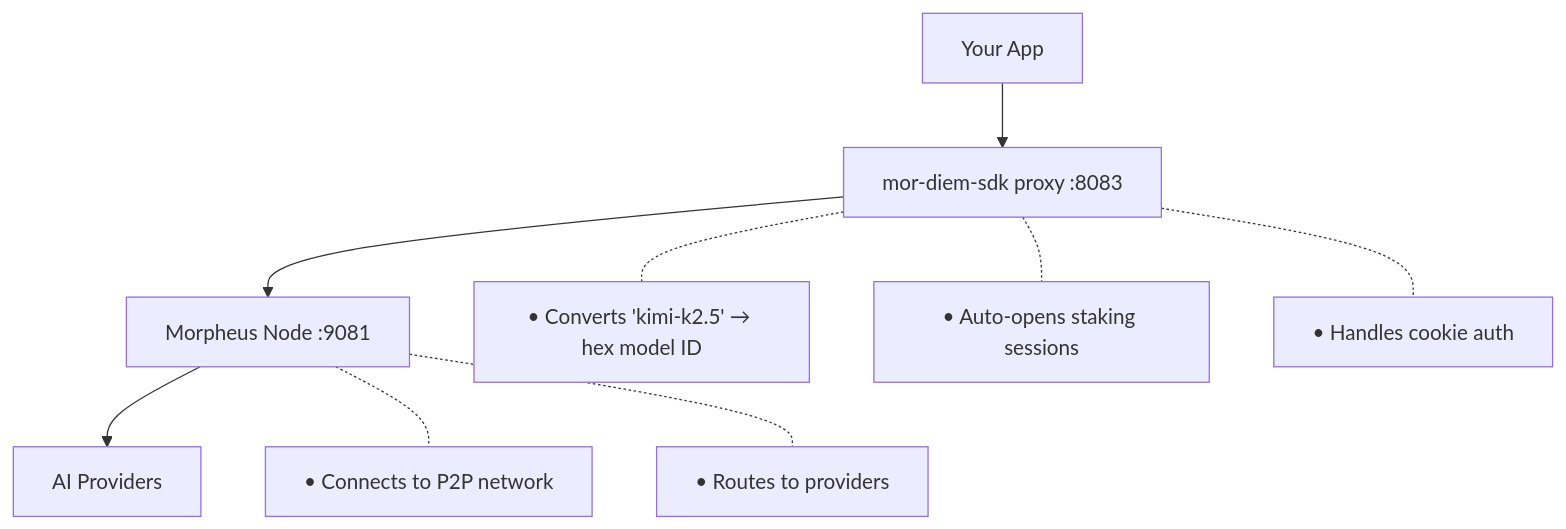
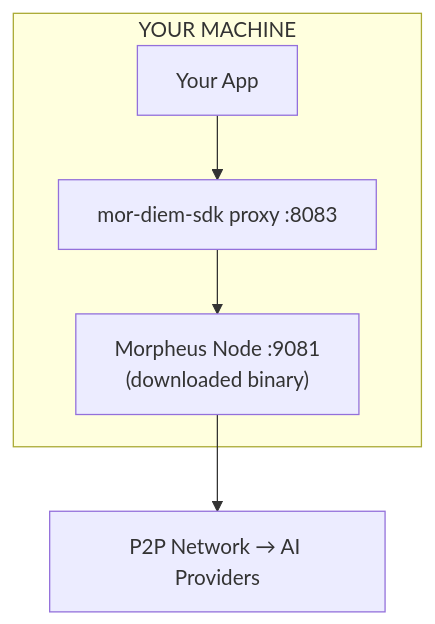
The diagram in README.md (robertjchristian/mor-diem-sdk), drawn with Mermaid before and after one commit. The commit also changed other lines of this file, not shown here.

Commit message:
clarify: two pieces you run locally, no contradictions
- Replace confusing "This is NOT/IS" with clear "Two pieces" table
- Show both mor-diem-sdk and Morpheus Node with ports and sources
- Explicitly state "You run both on your machine"
- Update mermaid diagram with "YOUR MACHINE" subgraph
- Add api.mor.org as alternative (pay USD, skip local setup)

````diff
--- a/README.md
+++ b/README.md
@@ -86,13 +92,8 @@
 ```mermaid
 flowchart TD
-    A[Your App] --> B[mor-diem-sdk proxy :8083]
-    B --> C[Morpheus Node :9081]
-    C --> D[AI Providers]
-
-    B -.- B1["• Converts 'kimi-k2.5' → hex model ID"]
-    B -.- B2["• Auto-opens staking sessions"]
-    B -.- B3["• Handles cookie auth"]
-
-    C -.- C1["• Connects to P2P network"]
-    C -.- C2["• Routes to providers"]
+    subgraph local["YOUR MACHINE"]
+        A[Your App] --> B["mor-diem-sdk proxy :8083"]
+        B --> C["Morpheus Node :9081<br/>(downloaded binary)"]
+    end
+    C --> D["P2P Network → AI Providers"]
 ```
````
